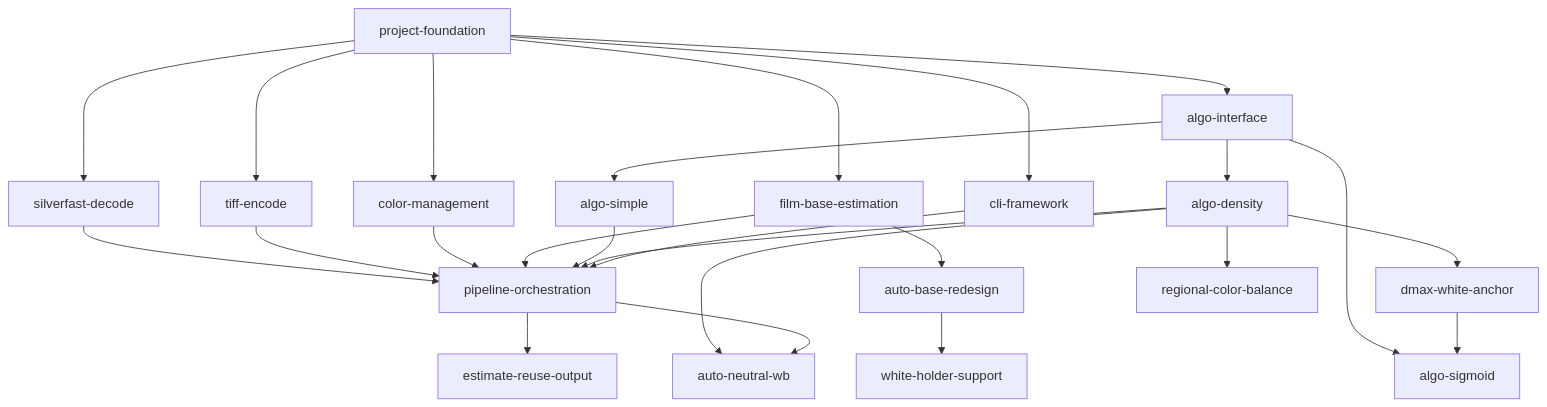
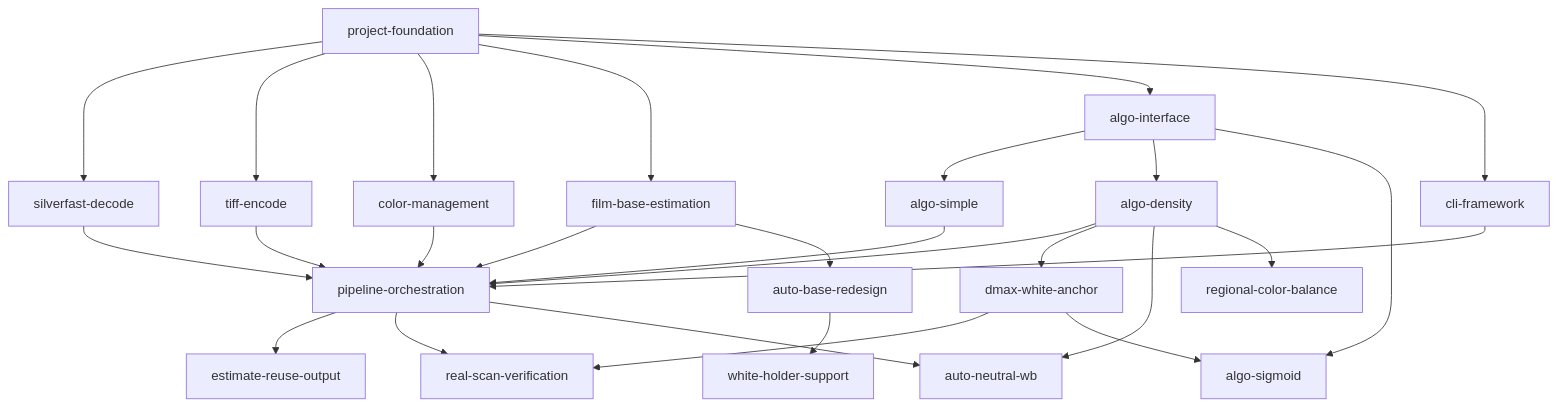
The diagram in docs/TASKS.md (lix42/negative-converter), drawn with Mermaid before and after one commit. The commit also changed other lines of this file and 6 other files, not shown here.

````diff
--- a/docs/TASKS.md
+++ b/docs/TASKS.md
@@ -43,27 +43,29 @@
 ```mermaid
 graph TD
   project-foundation --> silverfast-decode
   project-foundation --> tiff-encode
   project-foundation --> color-management
   project-foundation --> film-base-estimation
   project-foundation --> algo-interface
   project-foundation --> cli-framework
   algo-interface --> algo-simple
   algo-interface --> algo-density
   silverfast-decode --> pipeline-orchestration
   tiff-encode --> pipeline-orchestration
   color-management --> pipeline-orchestration
   film-base-estimation --> pipeline-orchestration
   algo-simple --> pipeline-orchestration
   algo-density --> pipeline-orchestration
   cli-framework --> pipeline-orchestration
   film-base-estimation --> auto-base-redesign
   auto-base-redesign --> white-holder-support
   pipeline-orchestration --> estimate-reuse-output
+  pipeline-orchestration --> real-scan-verification
+  dmax-white-anchor --> real-scan-verification
   algo-density --> dmax-white-anchor
   algo-interface --> algo-sigmoid
   dmax-white-anchor --> algo-sigmoid
   algo-density --> auto-neutral-wb
   pipeline-orchestration --> auto-neutral-wb
   algo-density --> regional-color-balance
 ```
````
